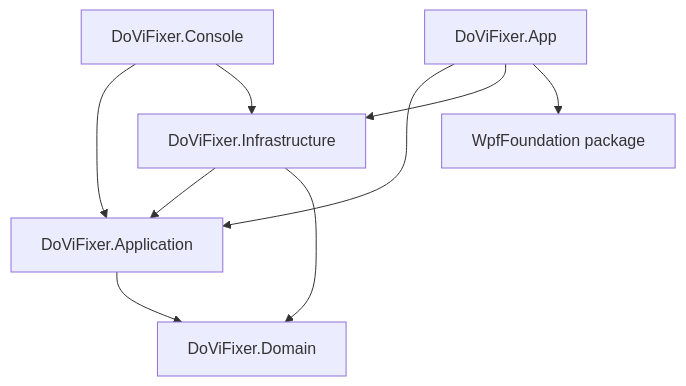
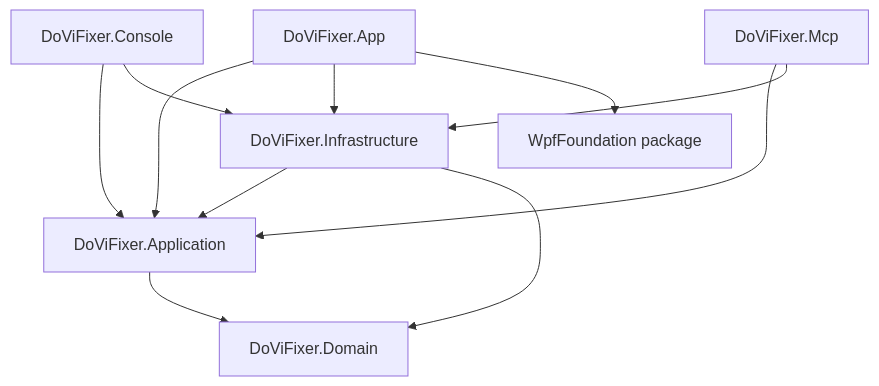
Before and after one commit to gbolotin/DoViFixer: the diagram in docs/architecture.md, drawn with Mermaid. The commit also changed other lines of this file and 23 other files, not shown here.

First line of the commit message:
Add an MCP server so AI assistants can run DoViFixer operations

````diff
--- a/docs/architecture.md
+++ b/docs/architecture.md
@@ -100,11 +101,13 @@
 ```mermaid
 flowchart TD
     Console[DoViFixer.Console] --> Application[DoViFixer.Application]
     App[DoViFixer.App] --> Application
     Console --> Infrastructure[DoViFixer.Infrastructure]
     App --> Infrastructure
+    Mcp[DoViFixer.Mcp] --> Application
+    Mcp --> Infrastructure
     Infrastructure --> Application
     Infrastructure --> Domain[DoViFixer.Domain]
     Application --> Domain
     App --> WpfFoundation[WpfFoundation package]
 ```
````
